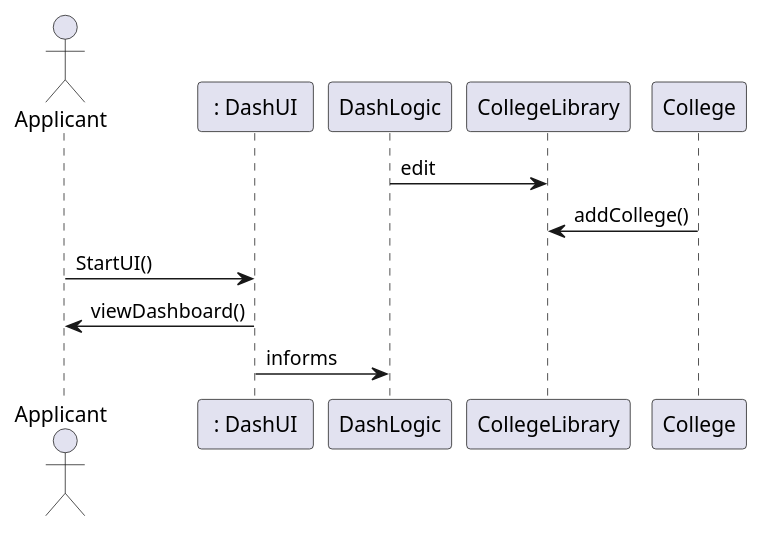
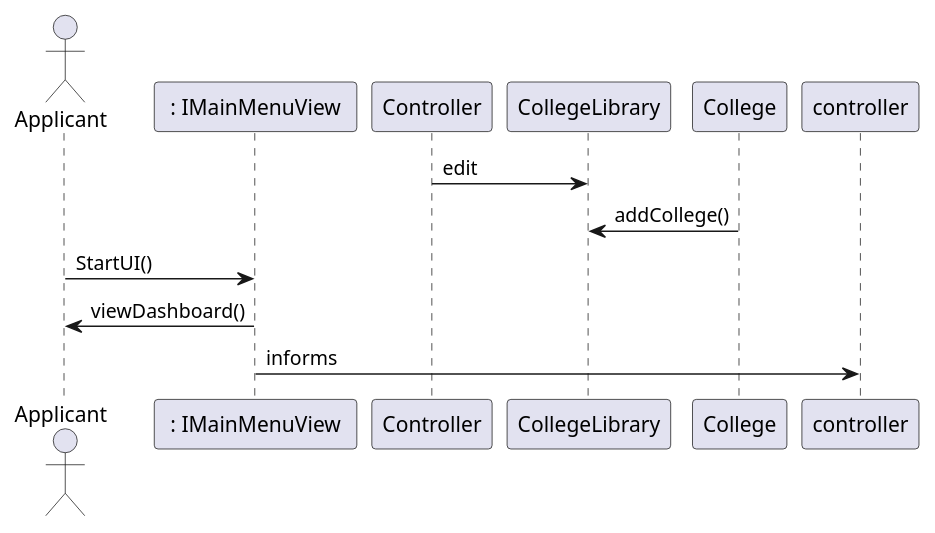
One commit to jlederer33/Essay-Review-App changed the first of 5 diagrams in intellij/doc/design.md. Above: the diagram before and after it, drawn with PlantUML. The commit also changed other lines of this file, not shown here.

Commit message:
DashLogic changed to Controller, DashUI  changed to IMainMenuView and added a class IEssayView.

````diff
--- a/intellij/doc/design.md
+++ b/intellij/doc/design.md
@@ -4,10 +4,10 @@
 ```plantuml
 actor Applicant as applicant
-participant " : DashUI " as DashUI
-DashLogic -> CollegeLibrary : edit
+participant " : IMainMenuView " as IMainMenuView
+Controller -> CollegeLibrary : edit
 CollegeLibrary <- College : addCollege()
-applicant -> DashUI : StartUI()
-applicant <- DashUI : viewDashboard()
-DashUI-> DashLogic : informs
+applicant -> IMainMenuView : StartUI()
+applicant <- IMainMenuView : viewDashboard()
+IMainMenuView-> controller : informs
 
 ```
````
